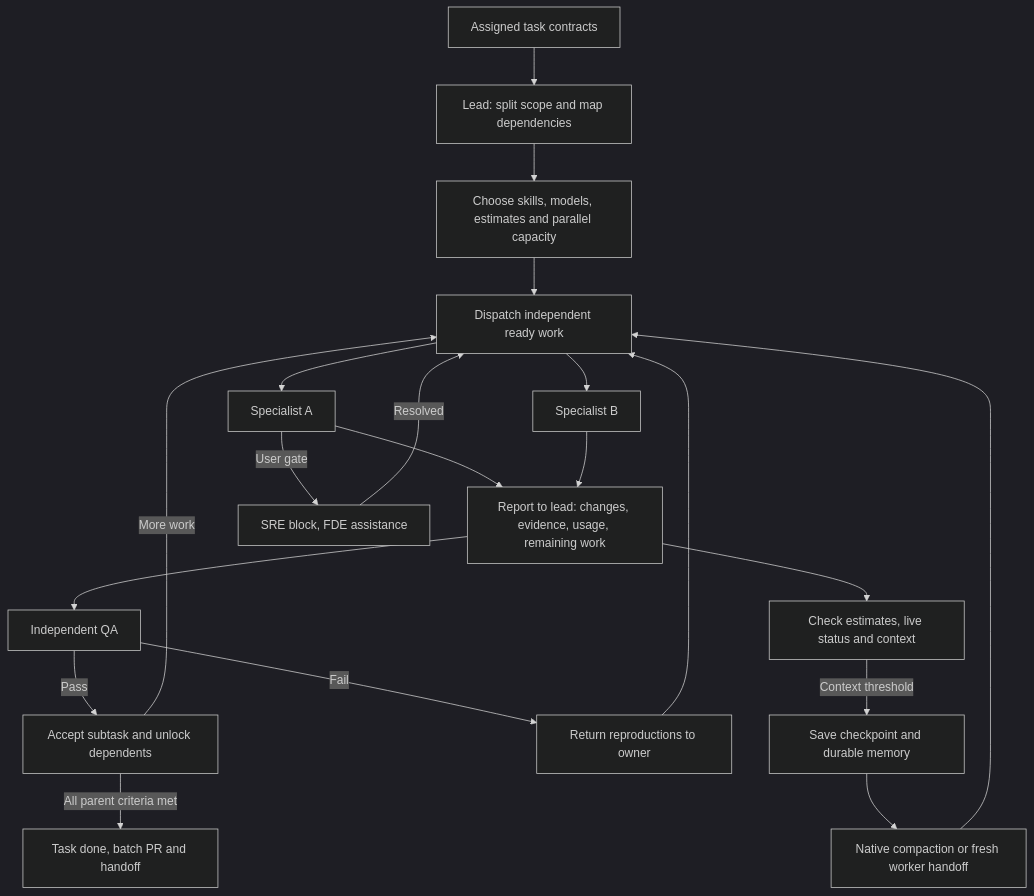
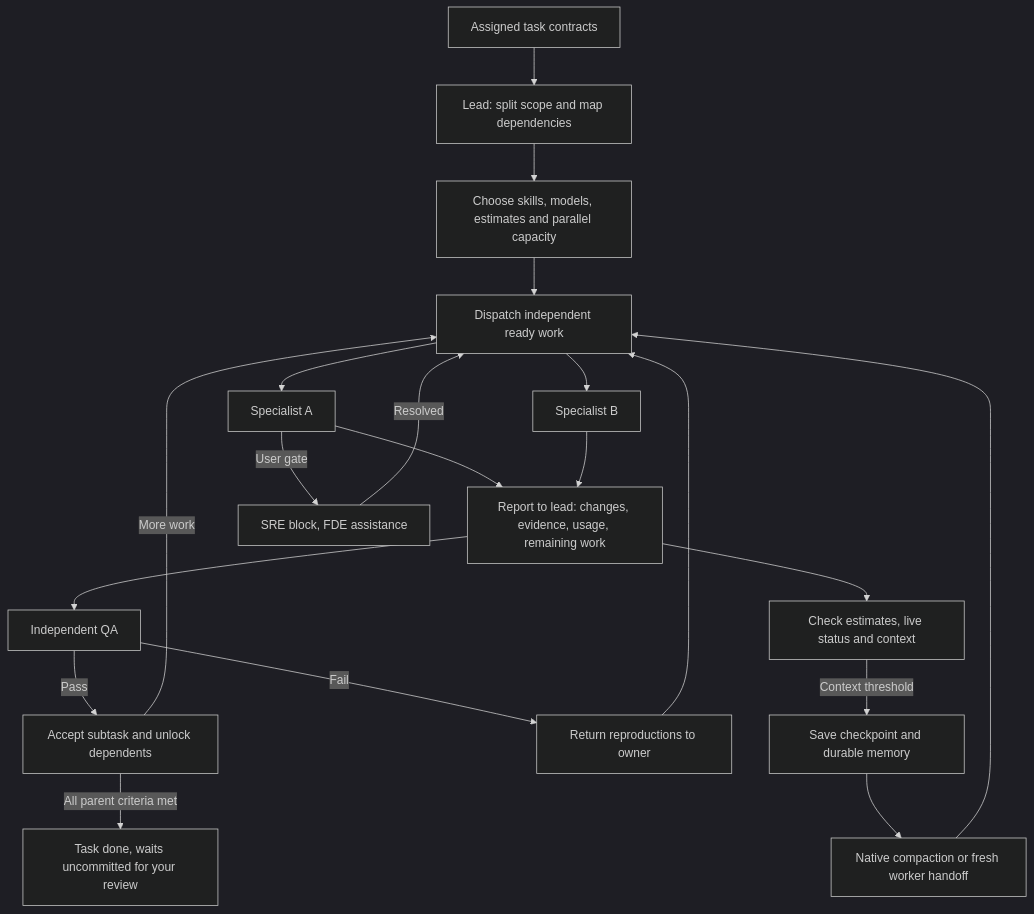
Before and after one commit to jstinhw/yongkang: the diagram in README.md, drawn with Mermaid (dark theme). The commit also changed other lines of this file and 17 other files, not shown here.

First line of the commit message:
Review each task before it is committed, and stop agents committing

````diff
--- a/README.md
+++ b/README.md
@@ -155,22 +157,22 @@
 ```mermaid
 flowchart TD
     A[Assigned task contracts] --> B[Lead: split scope and map dependencies]
     B --> C[Choose skills, models, estimates and parallel capacity]
     C --> D[Dispatch independent ready work]
     D --> E[Specialist A]
     D --> F[Specialist B]
     E --> G[Report to lead: changes, evidence, usage, remaining work]
     F --> G
     G --> H[Independent QA]
     H -->|Pass| I[Accept subtask and unlock dependents]
     H -->|Fail| J[Return reproductions to owner]
     J --> D
     I -->|More work| D
-    I -->|All parent criteria met| K[Task done, batch PR and handoff]
+    I -->|All parent criteria met| K[Task done, waits uncommitted for your review]
     E -->|User gate| L[SRE block, FDE assistance]
     L -->|Resolved| D
     G --> M[Check estimates, live status and context]
     M -->|Context threshold| N[Save checkpoint and durable memory]
     N --> O[Native compaction or fresh worker handoff]
     O --> D
 ```
````
